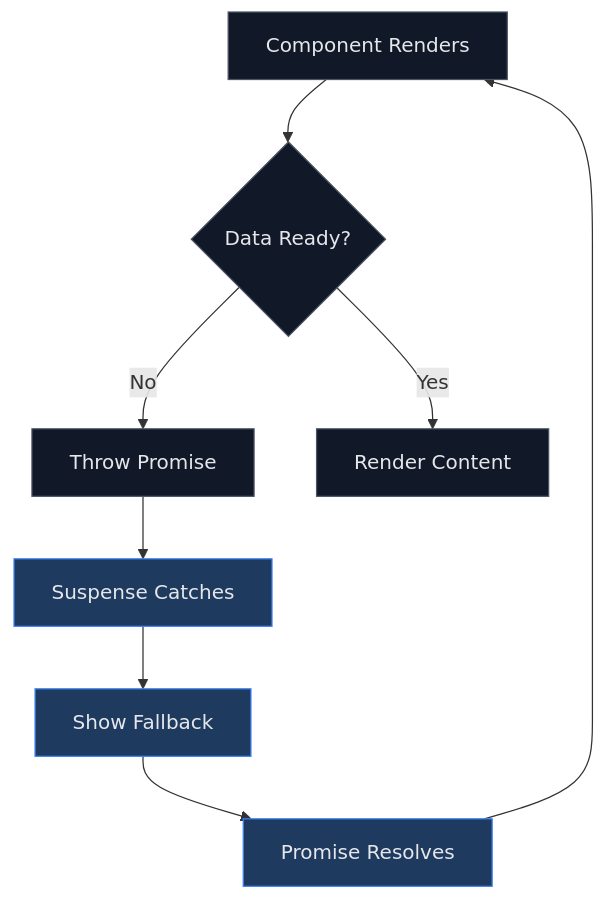
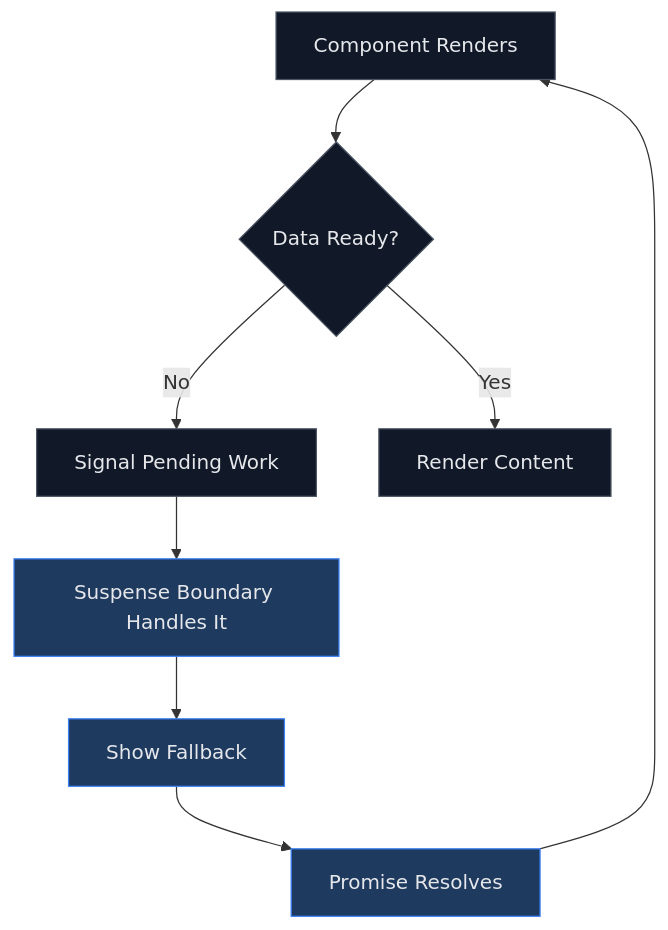
Before and after one commit to OneUptime/blog: the first of 3 diagrams in posts/2026-01-24-react-suspense-data-fetching/README.md, drawn with Mermaid. The commit also changed other lines of this file and 2 other files, not shown here.

Commit message:
validate: 2026-01-24-react-suspense-data-fetching

````diff
--- a/posts/2026-01-24-react-suspense-data-fetching/README.md
+++ b/posts/2026-01-24-react-suspense-data-fetching/README.md
@@ -19,18 +19,18 @@
 ```mermaid
 flowchart TB
     A[Component Renders] --> B{Data Ready?}
 
-    B -->|No| C[Throw Promise]
-    C --> D[Suspense Catches]
+    B -->|No| C[Signal Pending Work]
+    C --> D[Suspense Boundary Handles It]
     D --> E[Show Fallback]
     E --> F[Promise Resolves]
     F --> A
 
     B -->|Yes| G[Render Content]
 
     classDef node fill:#111827,stroke:#4B5563,color:#E5E7EB
     classDef suspense fill:#1E3A5F,stroke:#3B82F6,color:#E5E7EB
 
     class A,B,C,G node
     class D,E,F suspense
 ```
````
